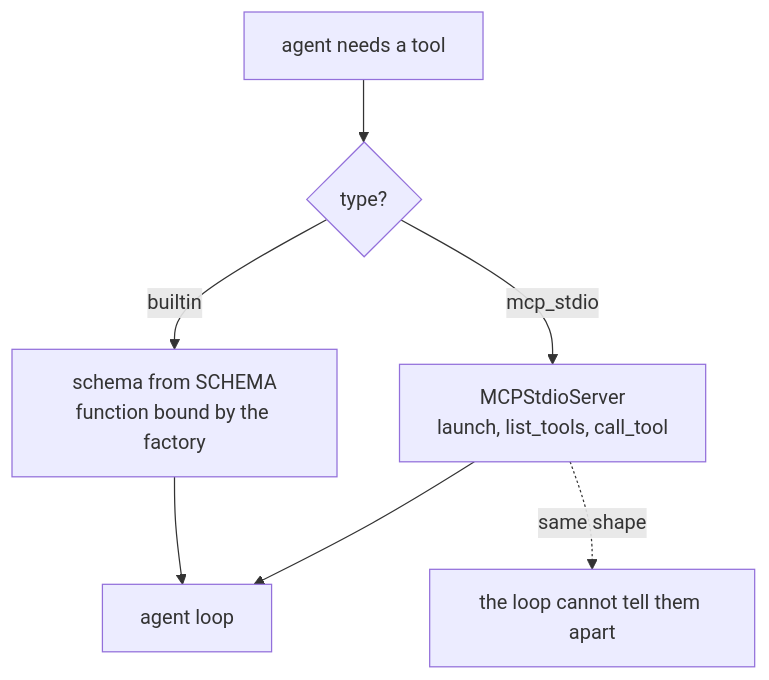
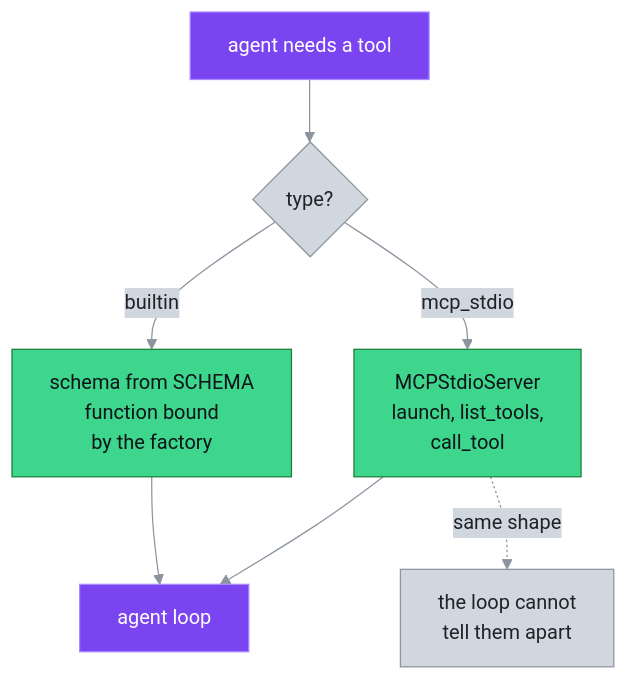
The fifth of 11 diagrams in docs/ARCHITECTURE.md (Lagmator22/ovat), drawn with Mermaid before and after one commit. The commit also changed other lines of this file and 1 other file, not shown here.

First line of the commit message:
docs: colour the Mermaid diagrams and fix labels that were cut off

````diff
--- a/docs/ARCHITECTURE.md
+++ b/docs/ARCHITECTURE.md
@@ -395,9 +444,17 @@
 ```mermaid
+%%{init: {"theme": "base", "themeVariables": {"primaryColor": "#D0D7DE", "primaryTextColor": "#1F2328", "primaryBorderColor": "#8C959F", "lineColor": "#8C959F", "textColor": "#1F2328", "edgeLabelBackground": "#D0D7DE", "clusterBkg": "transparent", "clusterBorder": "#7A8CA0", "titleColor": "#7A8CA0"}}}%%
 flowchart TD
     Need["agent needs a tool"] --> Type{"type?"}
-    Type -->|"builtin"| B["schema from SCHEMA<br/>function bound by the factory"]
-    Type -->|"mcp_stdio"| M["MCPStdioServer<br/>launch, list_tools, call_tool"]
+    Type -->|"builtin"| B["schema from SCHEMA<br/>function bound<br/>by the factory"]
+    Type -->|"mcp_stdio"| M["MCPStdioServer<br/>launch, list_tools,<br/>call_tool"]
     B --> Loop["agent loop"]
     M --> Loop
-    M -.->|"same shape"| Note["the loop cannot tell them apart"]
+    M -.->|"same shape"| Note["the loop cannot<br/>tell them apart"]
+
+    classDef engine fill:#7A45F0,stroke:#A98BFF,color:#FFFFFF
+    classDef tool fill:#3DD68C,stroke:#1A7F37,color:#0F141A
+    classDef step fill:#D0D7DE,stroke:#8C959F,color:#1F2328
+    class Need,Loop engine
+    class Type,Note step
+    class B,M tool
 ```
````
